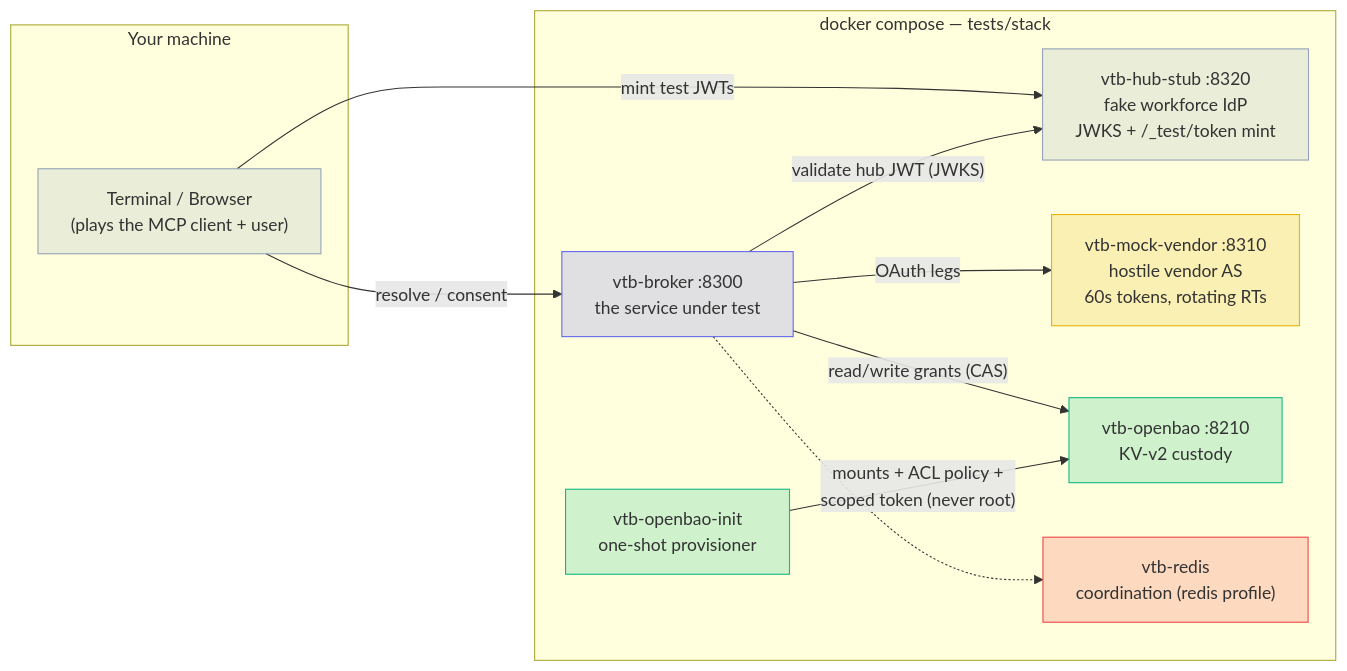
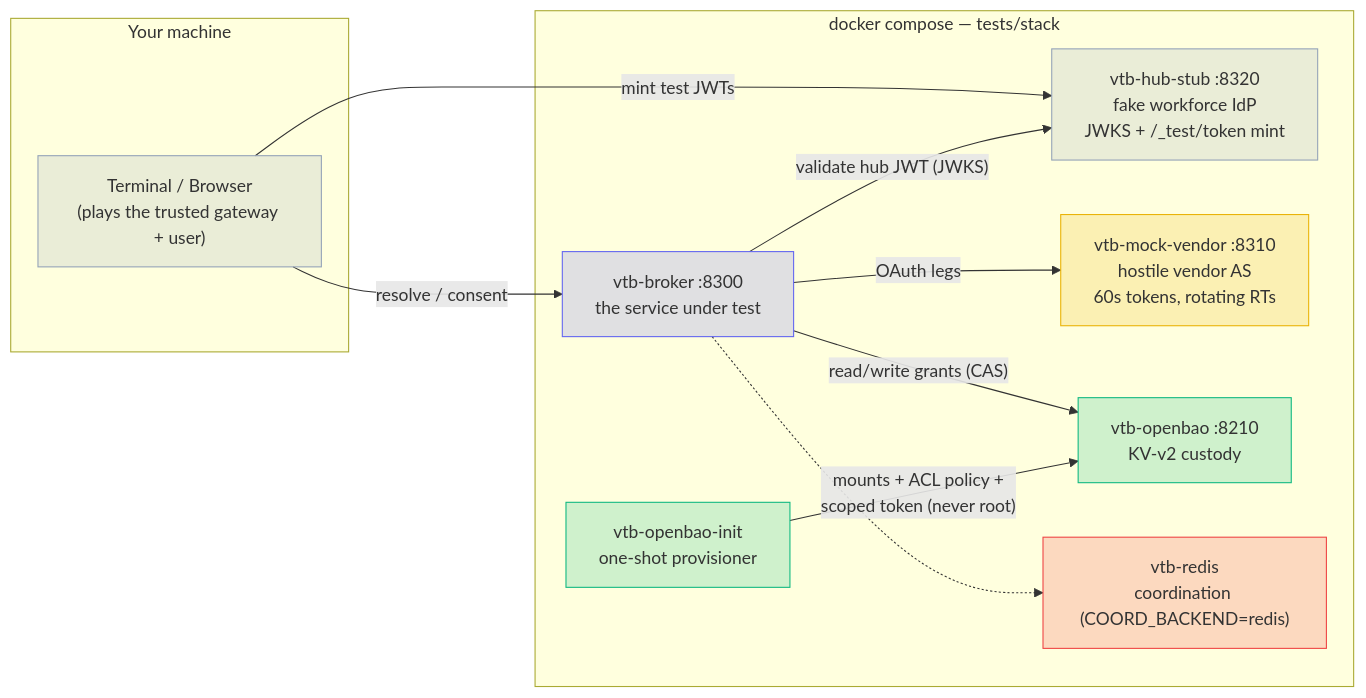
One commit to chief-builder/vendor-token-broker changed the first of 7 diagrams in docs/smoke-tests.md. Above: the diagram before and after it, drawn with Mermaid. The commit also changed other lines of this file and 20 other files, not shown here.

````diff
--- a/docs/smoke-tests.md
+++ b/docs/smoke-tests.md
@@ -20,32 +20,32 @@
 ```mermaid
 flowchart LR
     subgraph host["Your machine"]
-        T["Terminal / Browser<br/>(plays the MCP client + user)"]
+        T["Terminal / Browser<br/>(plays the trusted gateway + user)"]
     end
     subgraph compose["docker compose — tests/stack"]
         B["vtb-broker :8300<br/>the service under test"]
         H["vtb-hub-stub :8320<br/>fake workforce IdP<br/>JWKS + /_test/token mint"]
         M["vtb-mock-vendor :8310<br/>hostile vendor AS<br/>60s tokens, rotating RTs"]
         V["vtb-openbao :8210<br/>KV-v2 custody"]
-        R["vtb-redis<br/>coordination (redis profile)"]
+        R["vtb-redis<br/>coordination (COORD_BACKEND=redis)"]
         I["vtb-openbao-init<br/>one-shot provisioner"]
     end
     T -- "resolve / consent" --> B
     T -- "mint test JWTs" --> H
     B -- "validate hub JWT (JWKS)" --> H
     B -- "OAuth legs" --> M
     B -- "read/write grants (CAS)" --> V
     B -.-> R
     I -- "mounts + ACL policy +<br/>scoped token (never root)" --> V
 
     classDef broker fill:#6366f133,stroke:#6366f1
     classDef vendor fill:#eab30833,stroke:#eab308
     classDef custody fill:#10b98133,stroke:#10b981
     classDef coord fill:#ef444433,stroke:#ef4444
     classDef neutral fill:#94a3b833,stroke:#94a3b8
     class B broker
     class M vendor
     class V,I custody
     class R coord
     class T,H neutral
 ```
````
